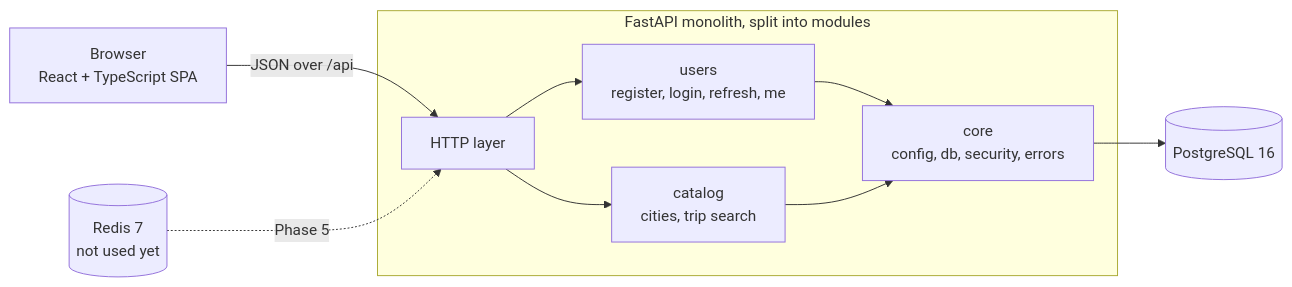
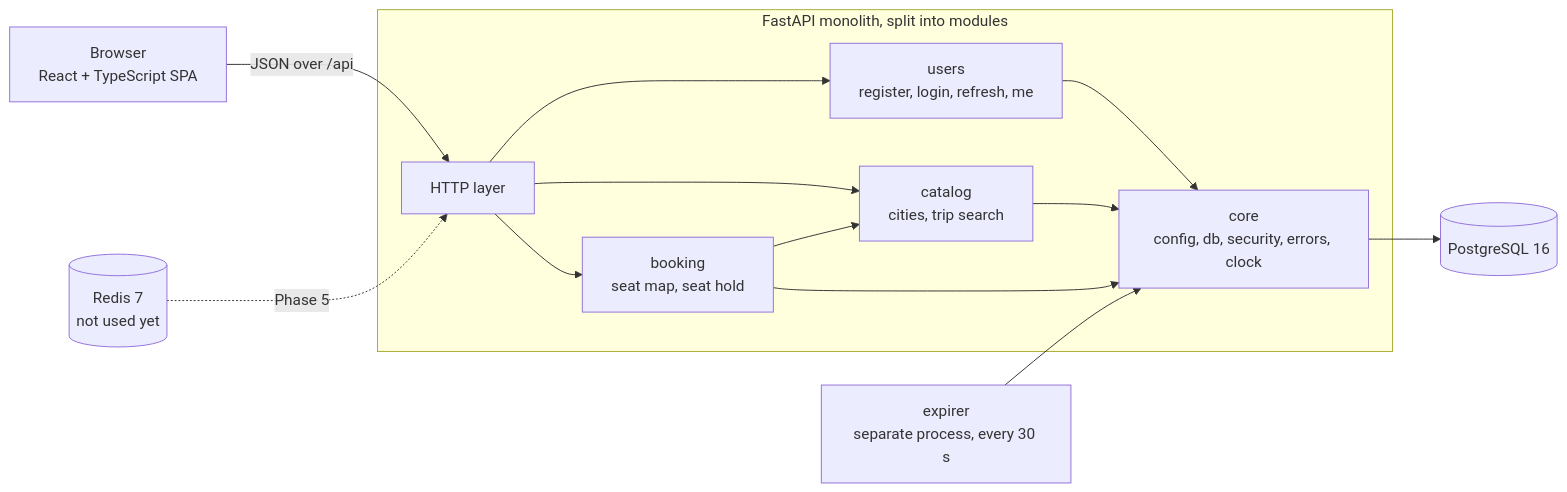
Before and after one commit to Prabovn7/bus-ticket-api: the diagram in README.md, drawn with Mermaid. The commit also changed other lines of this file, not shown here.

````diff
--- a/README.md
+++ b/README.md
@@ -36,14 +38,18 @@
 ```mermaid
 flowchart LR
     B["Browser<br/>React + TypeScript SPA"] -->|"JSON over /api"| A
 
     subgraph M["FastAPI monolith, split into modules"]
         A["HTTP layer"] --> U["users<br/>register, login, refresh, me"]
         A --> C["catalog<br/>cities, trip search"]
-        U --> K["core<br/>config, db, security, errors"]
+        A --> BK["booking<br/>seat map, seat hold"]
+        BK --> C
+        U --> K["core<br/>config, db, security, errors, clock"]
         C --> K
+        BK --> K
     end
 
+    X["expirer<br/>separate process, every 30 s"] --> K
     K --> P[("PostgreSQL 16")]
     R[("Redis 7<br/>not used yet")] -.->|"Phase 5"| A
 ```
````
